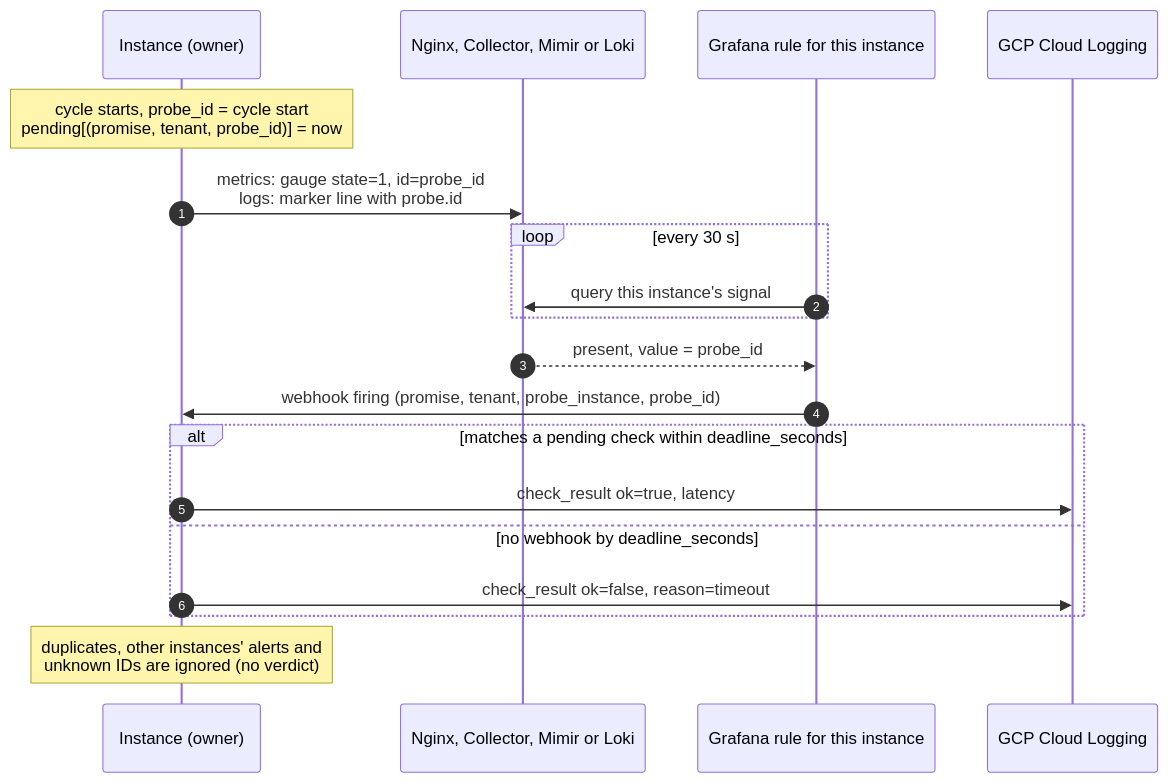
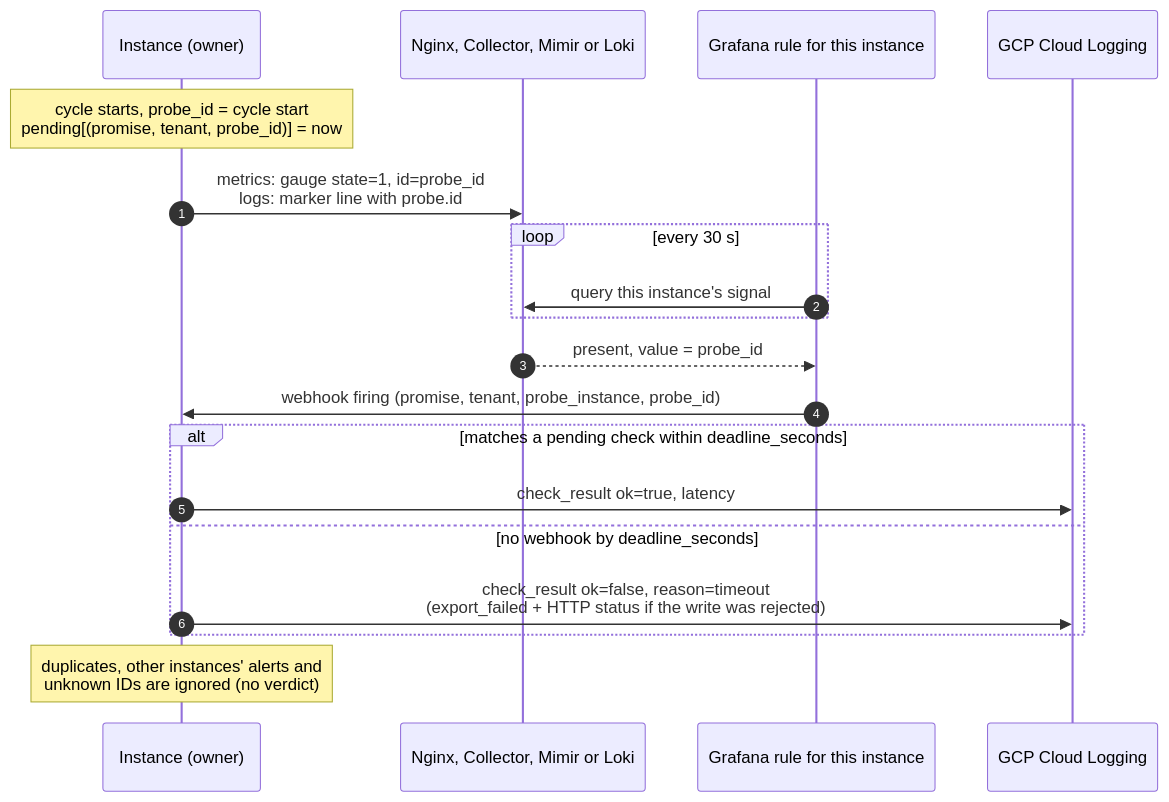
The second of 6 diagrams in heartbeat-probe/README.md (ileoliao/agent-repo), drawn with Mermaid before and after one commit. The commit also changed other lines of this file and 11 other files, not shown here.

````diff
--- a/heartbeat-probe/README.md
+++ b/heartbeat-probe/README.md
@@ -65,22 +65,22 @@
 ```mermaid
 sequenceDiagram
   autonumber
   participant I as Instance (owner)
   participant P as Nginx, Collector, Mimir or Loki
   participant G as Grafana rule for this instance
   participant L as GCP Cloud Logging
 
   Note over I: cycle starts, probe_id = cycle start<br/>pending[(promise, tenant, probe_id)] = now
   I->>P: metrics: gauge state=1, id=probe_id<br/>logs: marker line with probe.id
   loop every 30 s
     G->>P: query this instance's signal
   end
   P-->>G: present, value = probe_id
   G->>I: webhook firing (promise, tenant, probe_instance, probe_id)
   alt matches a pending check within deadline_seconds
     I->>L: check_result ok=true, latency
   else no webhook by deadline_seconds
-    I->>L: check_result ok=false, reason=timeout
+    I->>L: check_result ok=false, reason=timeout<br/>(export_failed + HTTP status if the write was rejected)
   end
   Note over I: duplicates, other instances' alerts and<br/>unknown IDs are ignored (no verdict)
 ```
````
